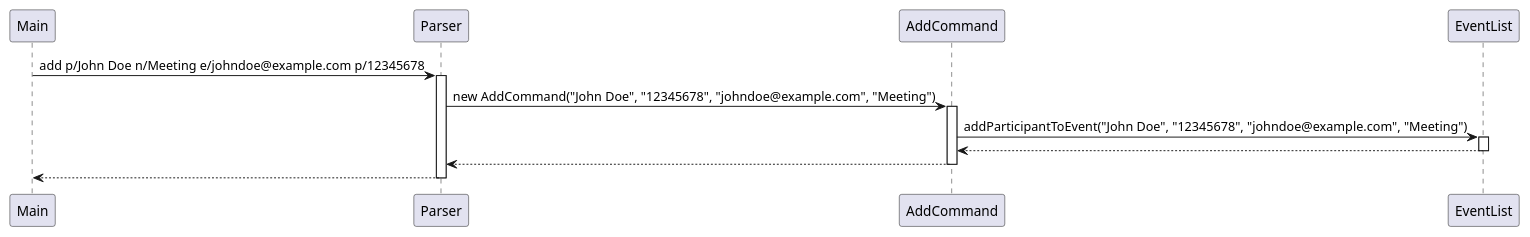
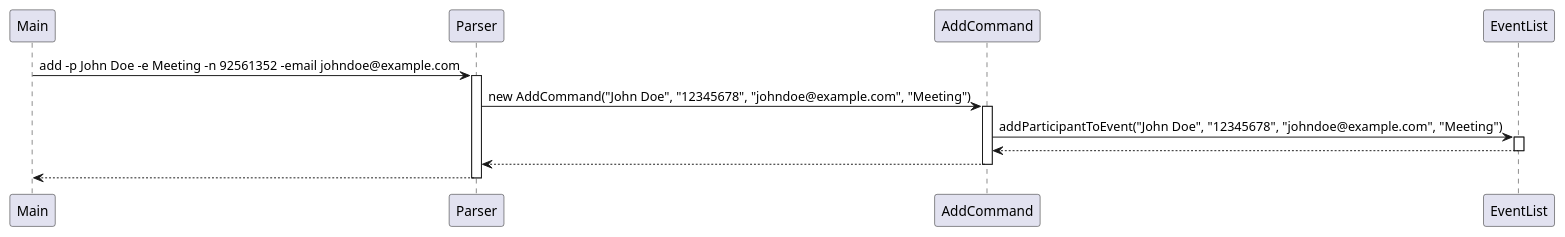
The diagram in docs/diagrams/AddParticipantSequenceDiagram.puml (nus-cs2113-AY2425S1/tp), drawn with PlantUML before and after one commit. The commit also changed 2 other files, not shown here.

```diff
--- a/docs/diagrams/AddParticipantSequenceDiagram.puml
+++ b/docs/diagrams/AddParticipantSequenceDiagram.puml
@@ -1,16 +1,16 @@
 @startuml
 
-Main -> Parser: add p/John Doe n/Meeting e/johndoe@example.com p/12345678
+Main -> Parser: add -p John Doe -e Meeting -n 92561352 -email johndoe@example.com
 activate Parser
 Parser -> AddCommand: new AddCommand("John Doe", "12345678", "johndoe@example.com", "Meeting")
 activate AddCommand
 AddCommand -> EventList: addParticipantToEvent("John Doe", "12345678", "johndoe@example.com", "Meeting")
 activate EventList
 EventList --> AddCommand
 deactivate EventList
 AddCommand --> Parser
 deactivate AddCommand
 Parser --> Main
 deactivate Parser
 
 @enduml
```
